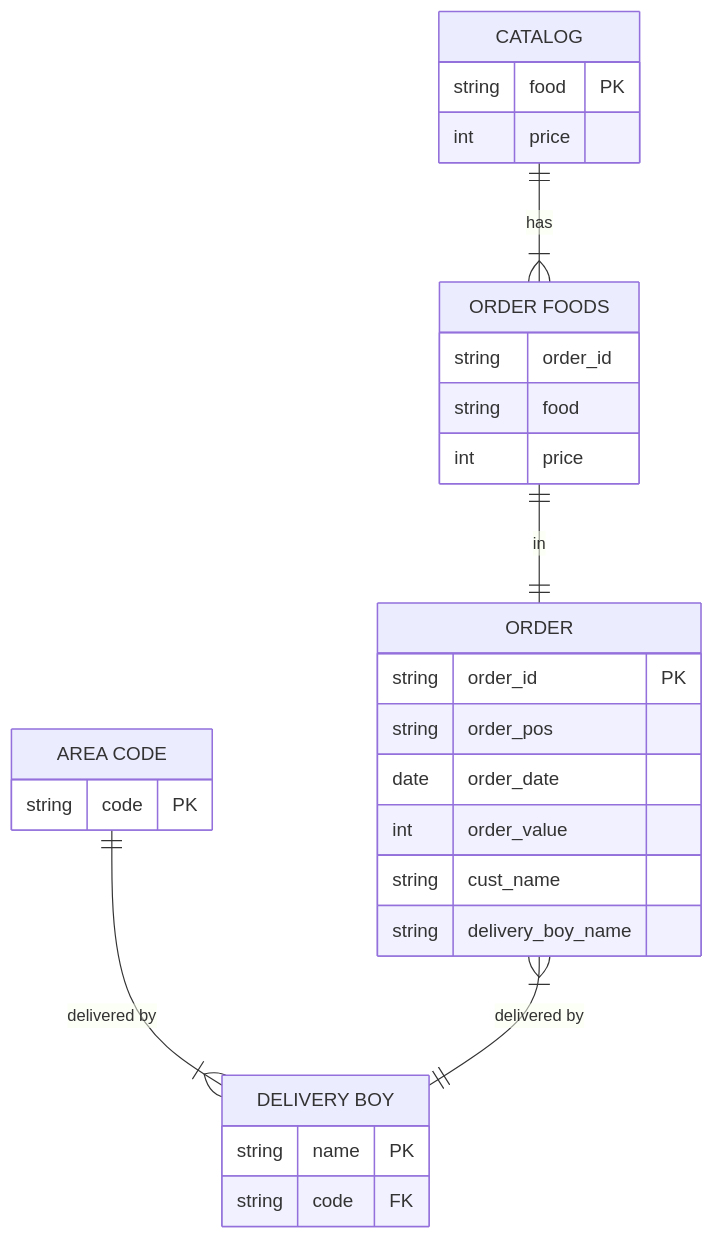
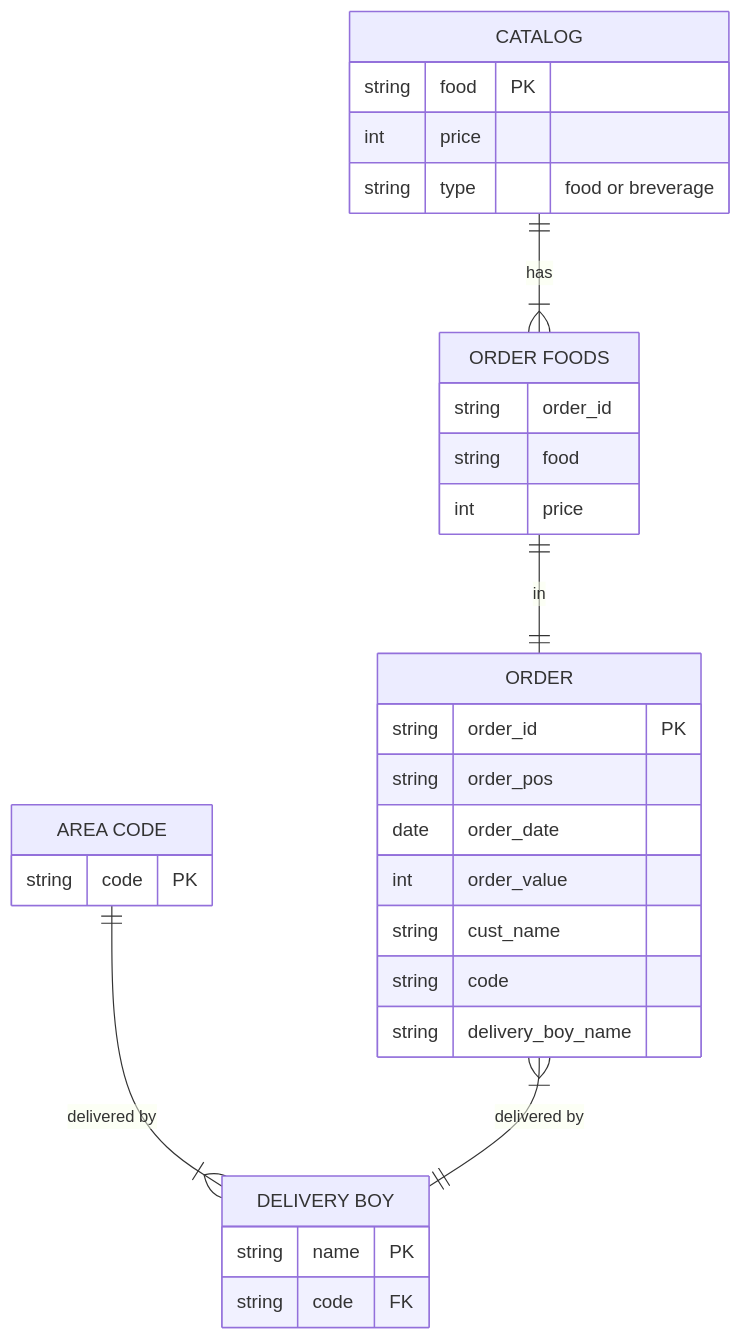
The diagram in restaurant/README.md (ShambaC/CU-MSC-DBMS-SEM2), drawn with Mermaid before and after one commit. The commit also changed 1 other file, not shown here.

Commit message:
add auction erd

````diff
--- a/restaurant/README.md
+++ b/restaurant/README.md
@@ -8,31 +8,33 @@
 ```mermaid
 erDiagram
     CATALOG {
         string food PK
         int price
+        string type "food or breverage"
     }
     ORDER {
         string order_id PK
         string order_pos
         date order_date
         int order_value
         string cust_name
+        string code
         string delivery_boy_name
     }
     "ORDER FOODS" {
         string order_id
         string food
         int price
     }
     "AREA CODE" {
         string code PK
     }
     "DELIVERY BOY" {
         string name PK
         string code FK
     }
     "AREA CODE" ||--|{ "DELIVERY BOY" : "delivered by"
     ORDER }|--|| "DELIVERY BOY" : "delivered by"
     "ORDER FOODS" ||--|| ORDER : in
     CATALOG ||--|{ "ORDER FOODS" : has
 ```
````
